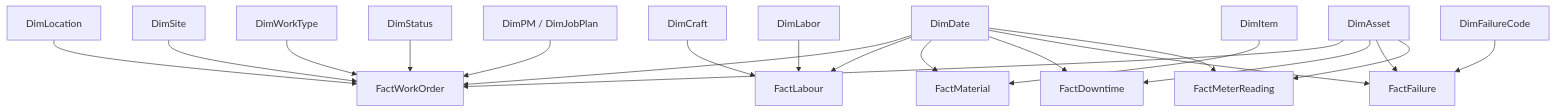
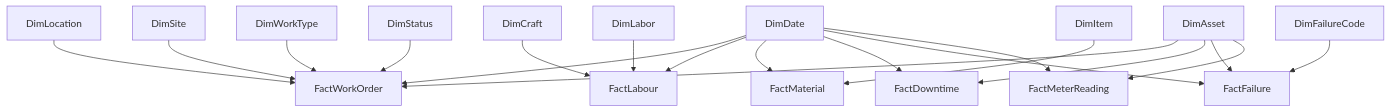
The second of 2 diagrams in README.md (Phronesis2025/MaximoPowerBi), drawn with Mermaid before and after one commit. The commit also changed other lines of this file and 5 other files, not shown here.

````diff
--- a/README.md
+++ b/README.md
@@ -71,22 +381,21 @@
 ```mermaid
 flowchart TB
     D[DimDate] --> WO[FactWorkOrder]
     A[DimAsset] --> WO
     L[DimLocation] --> WO
     S[DimSite] --> WO
     WT[DimWorkType] --> WO
     ST[DimStatus] --> WO
-    P[DimPM / DimJobPlan] --> WO
     D --> LB[FactLabour]
     C[DimCraft] --> LB
     LC[DimLabor] --> LB
     D --> MT[FactMaterial]
     I[DimItem] --> MT
     D --> DT[FactDowntime]
     A --> DT
     D --> FR[FactFailure]
     A --> FR
     FC[DimFailureCode] --> FR
     D --> MR[FactMeterReading]
     A --> MR
 ```
````
